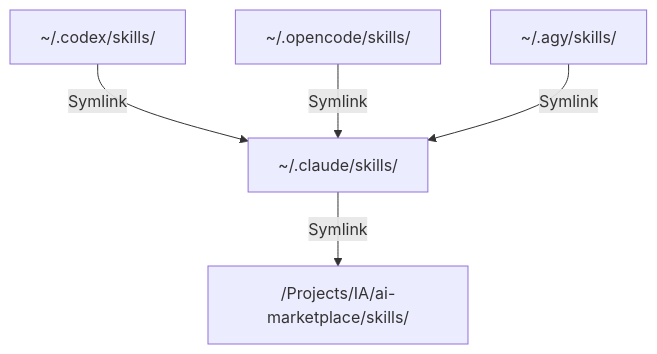
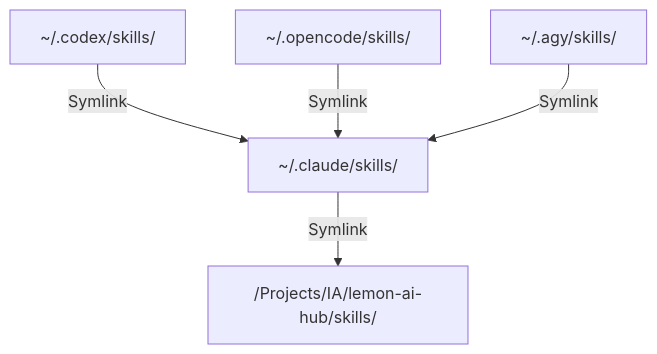
One commit to Andersonlimahw/lemon-ai-hub changed the diagram in docs/architecture.md. Above: the diagram before and after it, drawn with Mermaid. The commit also changed 45 other files, not shown here.

First line of the commit message:
feat(marketplace): catalog new CI/CD plugins and core skills (#3)

````diff
--- a/docs/architecture.md
+++ b/docs/architecture.md
@@ -26,13 +26,13 @@
 ```mermaid
 graph TD
-    Marketplace["/Projects/IA/ai-marketplace/skills/"]
+    Marketplace["/Projects/IA/lemon-ai-hub/skills/"]
     Claude["~/.claude/skills/"]
     Codex["~/.codex/skills/"]
     OpenCode["~/.opencode/skills/"]
     Agy["~/.agy/skills/"]
 
     Claude -->|Symlink| Marketplace
     Codex -->|Symlink| Claude
     OpenCode -->|Symlink| Claude
     Agy -->|Symlink| Claude
 ```
````
